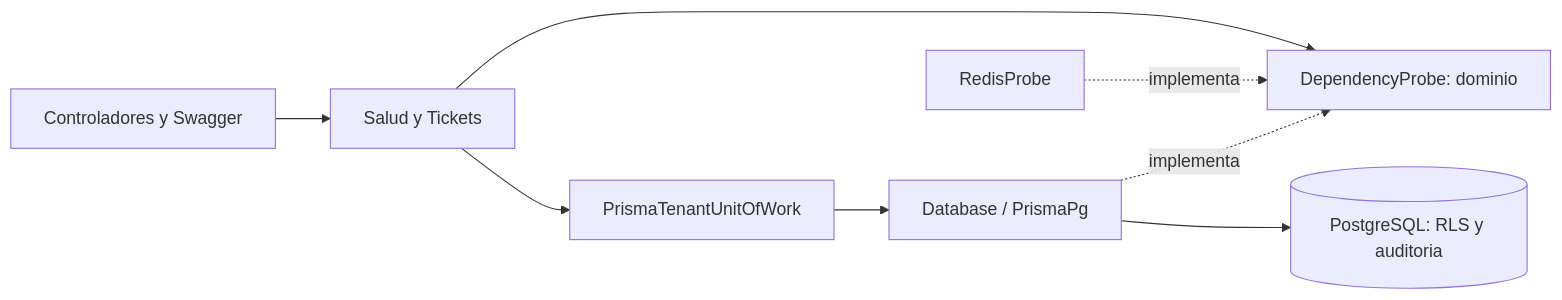
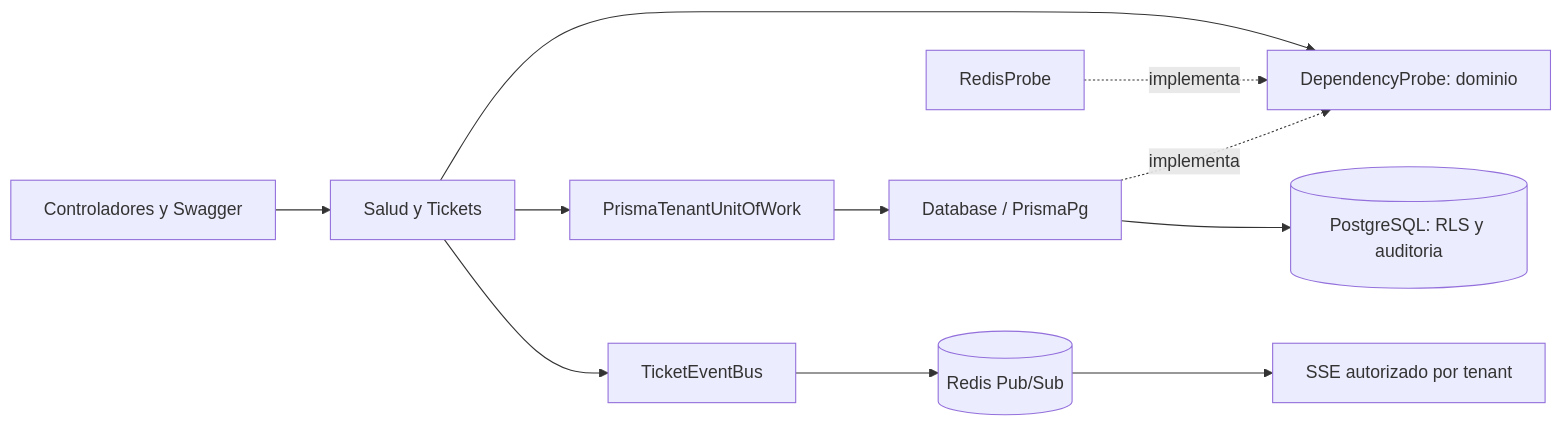
The diagram in docs/API.md (C-David28/essalud-ticket-system), drawn with Mermaid before and after one commit. The commit also changed other lines of this file and 35 other files, not shown here.

Commit message:
feat(realtime): stream tenant ticket updates to local board

````diff
--- a/docs/API.md
+++ b/docs/API.md
@@ -7,10 +7,13 @@
 ```mermaid
 flowchart LR
   HTTP[Controladores y Swagger] --> USECASE[Salud y Tickets]
   USECASE --> PORT[DependencyProbe: dominio]
   PG[Database / PrismaPg] -. implementa .-> PORT
   REDIS[RedisProbe] -. implementa .-> PORT
   UOW[PrismaTenantUnitOfWork] --> PG
   USECASE --> UOW
+  USECASE --> EVENTS[TicketEventBus]
+  EVENTS --> PUBSUB[(Redis Pub/Sub)]
+  PUBSUB --> SSE[SSE autorizado por tenant]
   PG --> DB[(PostgreSQL: RLS y auditoria)]
 ```
````
